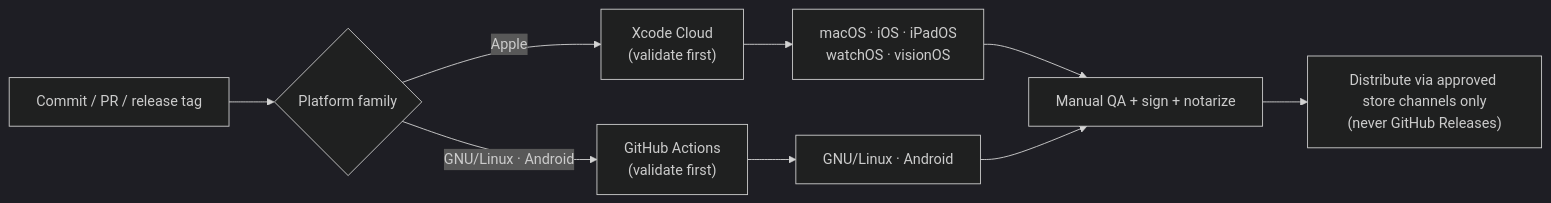
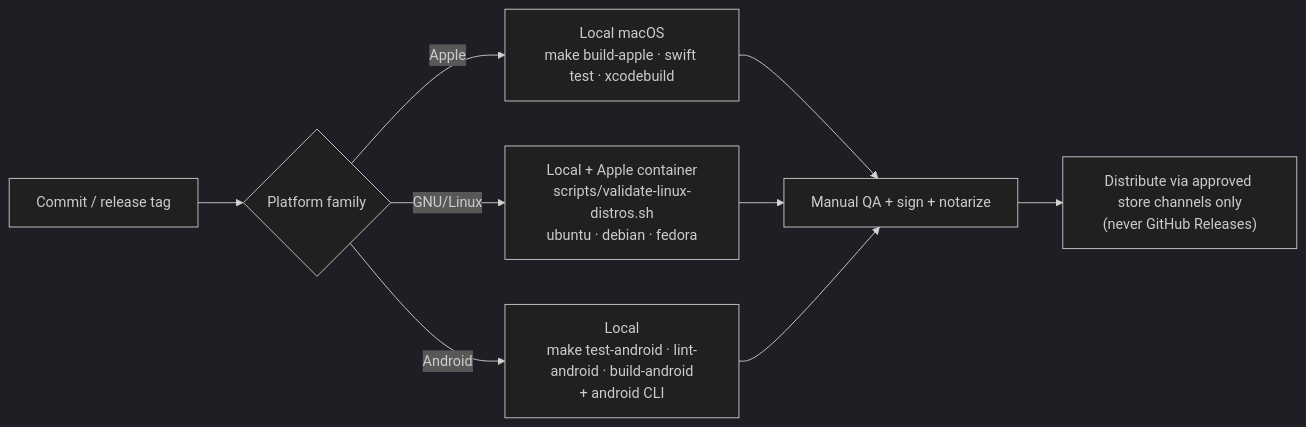
Before and after one commit to JohnThre/clambhook: the diagram in docs/release-validation.md, drawn with Mermaid (dark theme). The commit also changed other lines of this file and 28 other files, not shown here.

First line of the commit message:
Migrate CI to local scripts and drop portable packages

````diff
--- a/docs/release-validation.md
+++ b/docs/release-validation.md
@@ -17,11 +17,11 @@
 ```mermaid
 flowchart LR
-    commit["Commit / PR / release tag"] --> gate{Platform family}
-    gate -->|Apple| xcode["Xcode Cloud<br/>(validate first)"]
-    gate -->|"GNU/Linux · Android"| github["GitHub Actions<br/>(validate first)"]
-    xcode --> apple["macOS · iOS · iPadOS<br/>watchOS · visionOS"]
-    github --> other["GNU/Linux · Android"]
+    commit["Commit / release tag"] --> gate{Platform family}
+    gate -->|Apple| apple["Local macOS<br/>make build-apple · swift test · xcodebuild"]
+    gate -->|"GNU/Linux"| linux["Local + Apple container<br/>scripts/validate-linux-distros.sh<br/>ubuntu · debian · fedora"]
+    gate -->|Android| android["Local<br/>make test-android · lint-android · build-android<br/>+ android CLI"]
     apple --> qa["Manual QA + sign + notarize"]
-    other --> qa
+    linux --> qa
+    android --> qa
     qa --> dist["Distribute via approved store channels only<br/>(never GitHub Releases)"]
 ```
````
